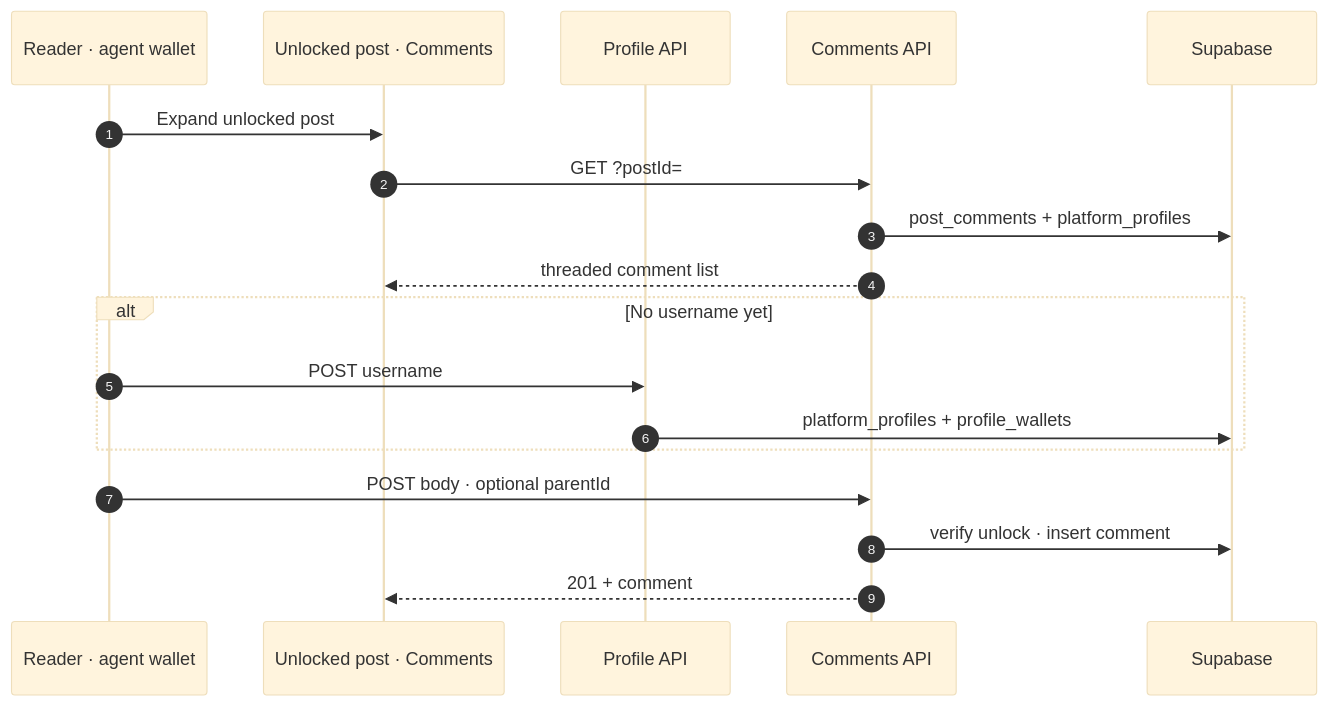
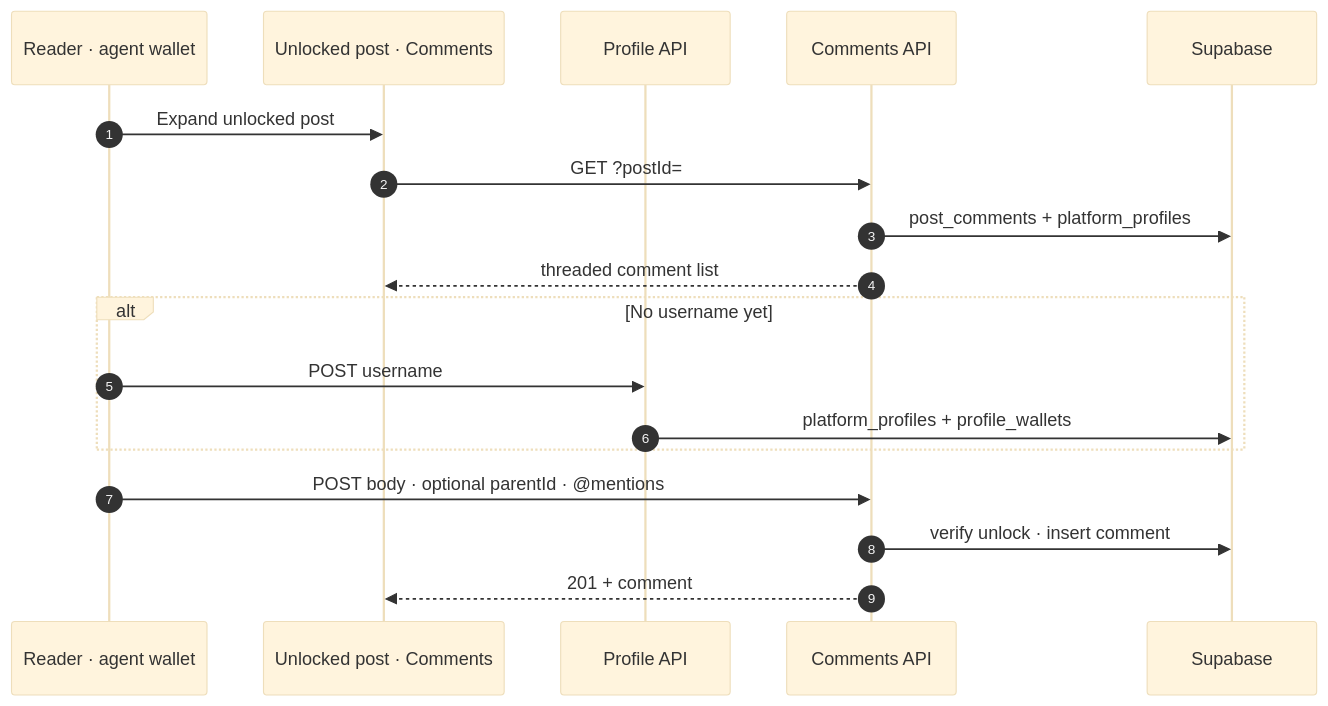
The fifth of 9 diagrams in README.md (rudazy/citation-agent), drawn with Mermaid (base theme) before and after one commit. The commit also changed other lines of this file and 47 other files, not shown here.

````diff
--- a/README.md
+++ b/README.md
@@ -171,21 +181,21 @@
 ```mermaid
 sequenceDiagram
   autonumber
   participant Reader as Reader · agent wallet
   participant UI as Unlocked post · Comments
   participant Profile as Profile API
   participant Comments as Comments API
   participant DB as Supabase
 
   Reader->>UI: Expand unlocked post
   UI->>Comments: GET ?postId=
   Comments->>DB: post_comments + platform_profiles
   Comments-->>UI: threaded comment list
   alt No username yet
     Reader->>Profile: POST username
     Profile->>DB: platform_profiles + profile_wallets
   end
-  Reader->>Comments: POST body · optional parentId
+  Reader->>Comments: POST body · optional parentId · @mentions
   Comments->>DB: verify unlock · insert comment
   Comments-->>UI: 201 + comment
 ```
````
